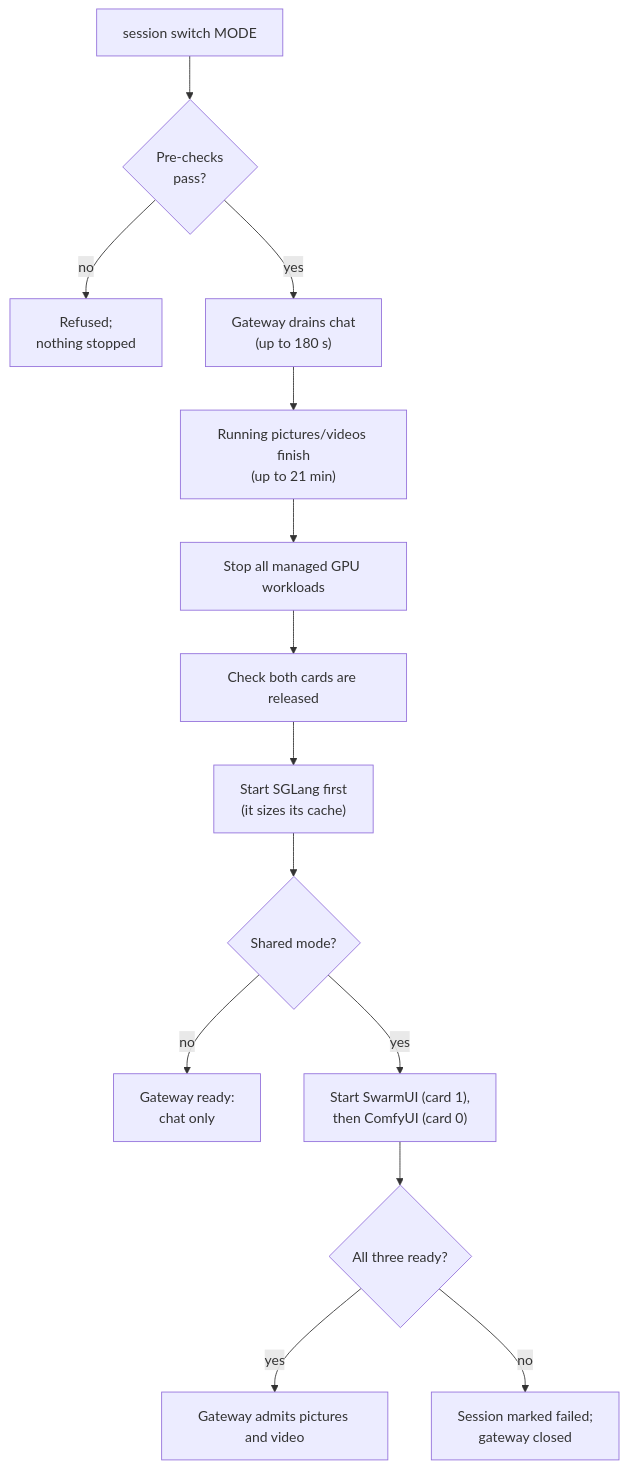
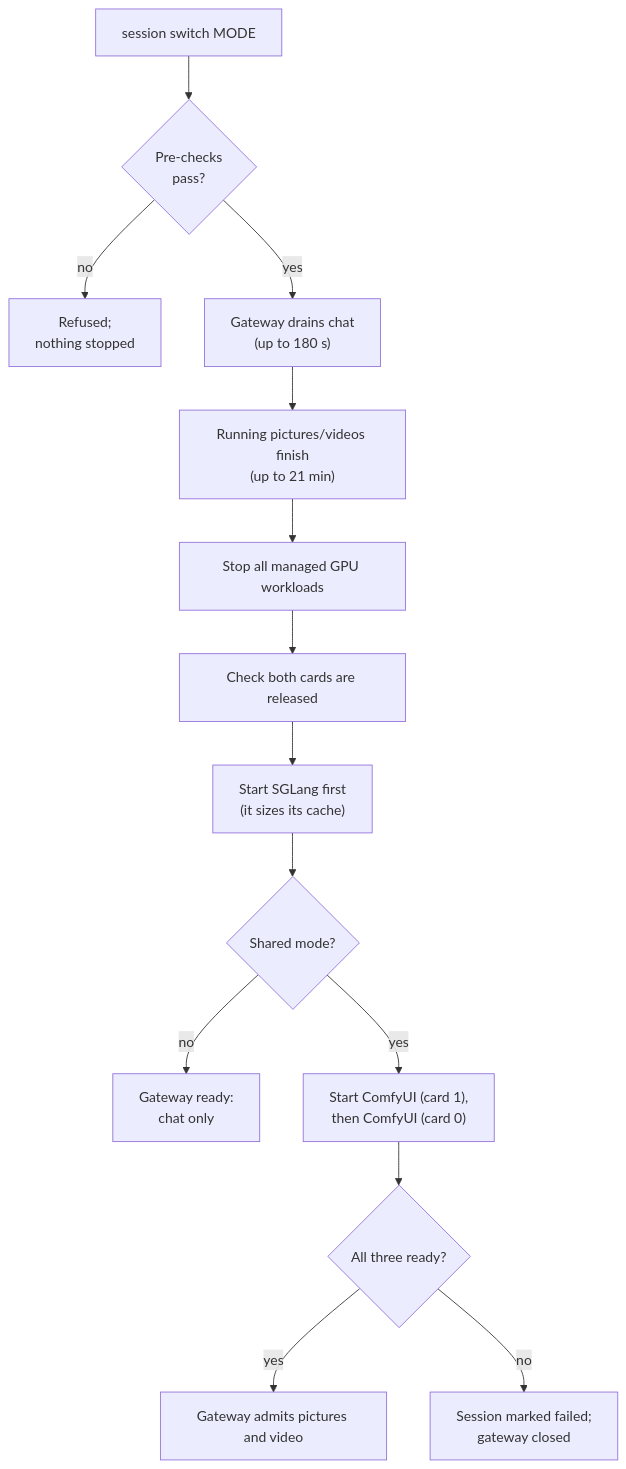
The second of 2 diagrams in docs/MODES.md (Drgr33nSenior/ArchLinuxThreadripper), drawn with Mermaid before and after one commit. The commit also changed other lines of this file and 26 other files, not shown here.

````diff
--- a/docs/MODES.md
+++ b/docs/MODES.md
@@ -133,16 +133,16 @@
 ```mermaid
 flowchart TD
   A["session switch MODE"] --> B{"Pre-checks<br/>pass?"}
   B -->|no| X["Refused;<br/>nothing stopped"]
   B -->|yes| Dr["Gateway drains chat<br/>(up to 180 s)"]
   Dr --> Dm["Running pictures/videos finish<br/>(up to 21 min)"]
   Dm --> C["Stop all managed GPU workloads"]
   C --> D["Check both cards are released"]
   D --> E["Start SGLang first<br/>(it sizes its cache)"]
   E --> F{"Shared mode?"}
   F -->|no| R["Gateway ready:<br/>chat only"]
-  F -->|yes| G["Start SwarmUI (card 1),<br/>then ComfyUI (card 0)"]
+  F -->|yes| G["Start ComfyUI (card 1),<br/>then ComfyUI (card 0)"]
   G --> H{"All three ready?"}
   H -->|yes| I["Gateway admits pictures and video"]
   H -->|no| Y["Session marked failed;<br/>gateway closed"]
 ```
````
